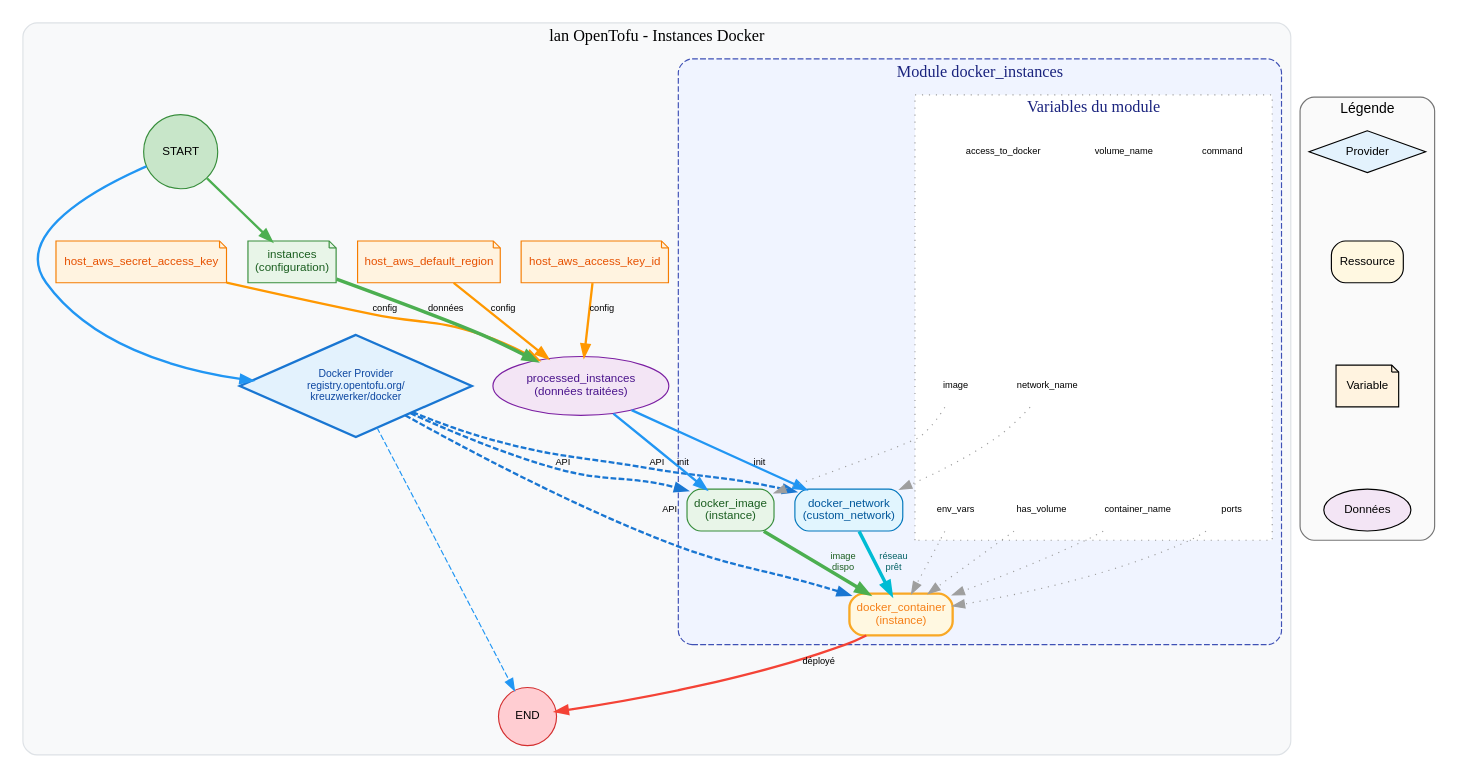
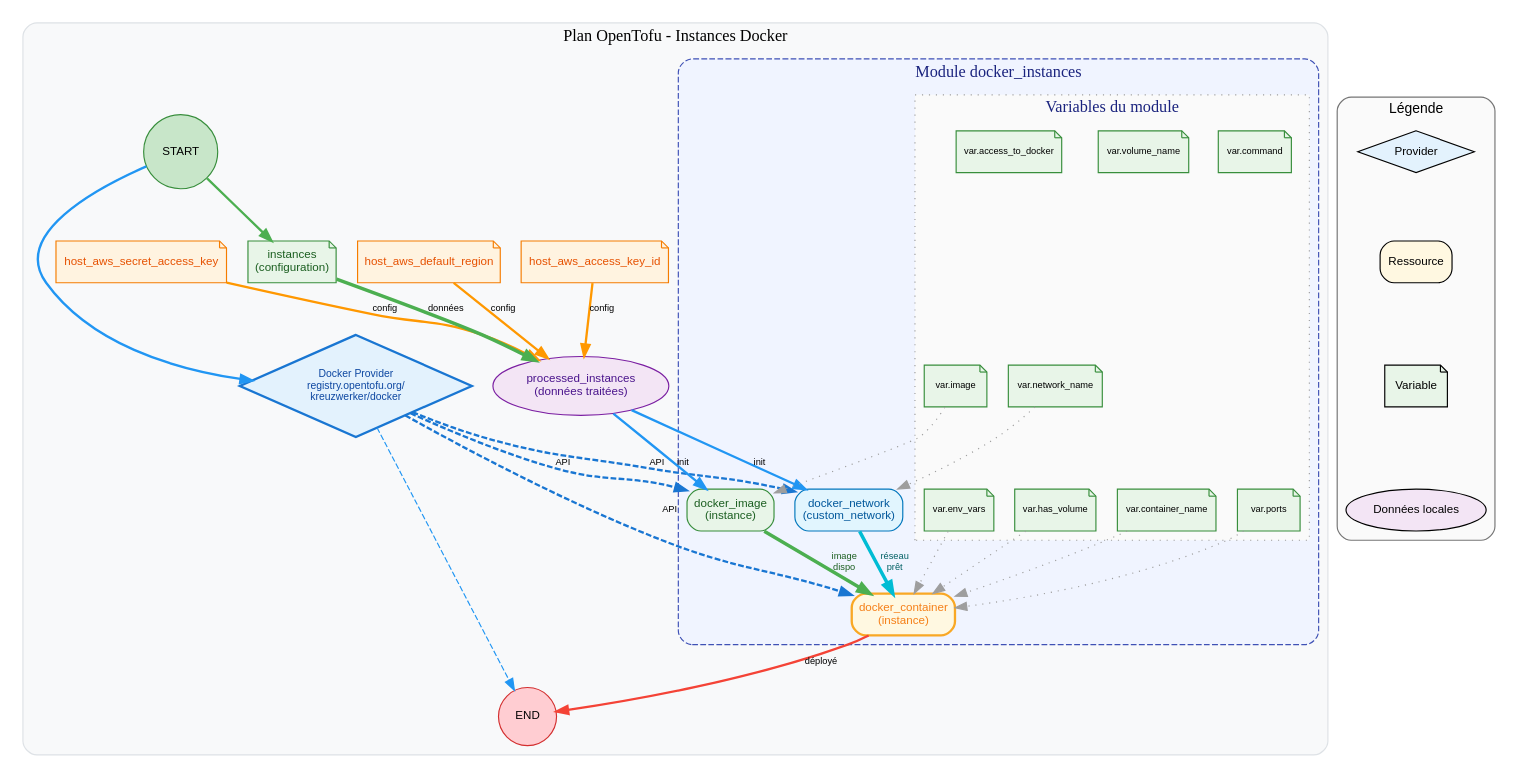
Before and after one commit to spawn-it/infra: the diagram in instances/graph.dot, drawn with Graphviz. The commit also changed 2 other files, not shown here.

```diff
--- a/instances/graph.dot
+++ b/instances/graph.dot
@@ -24,7 +24,7 @@
     ]
     
     subgraph "cluster_root" {
-        label = "lan OpenTofu - Instances Docker"
+        label = "Plan OpenTofu - Instances Docker"
         style = "rounded,filled"
         fillcolor = "#f8f9fa"
         color = "#dee2e6"
@@ -139,21 +139,85 @@
                 penwidth = 2
             ]
             
-            // Variables du module
+            // Variables du module (NOTES comme les autres variables)
             subgraph "cluster_module_vars" {
                 label = "Variables du module"
-                style = "dotted"
+                style = "dotted,filled"
+                fillcolor = "#fafafa"
                 color = "#9e9e9e"
                 
-                mod_var_image [label = "image", shape = "plaintext", fontsize = 8]
-                mod_var_container_name [label = "container_name", shape = "plaintext", fontsize = 8]
-                mod_var_network_name [label = "network_name", shape = "plaintext", fontsize = 8]
-                mod_var_ports [label = "ports", shape = "plaintext", fontsize = 8]
-                mod_var_env_vars [label = "env_vars", shape = "plaintext", fontsize = 8]
-                mod_var_command [label = "command", shape = "plaintext", fontsize = 8]
-                mod_var_has_volume [label = "has_volume", shape = "plaintext", fontsize = 8]
-                mod_var_volume_name [label = "volume_name", shape = "plaintext", fontsize = 8]
-                mod_var_access_docker [label = "access_to_docker", shape = "plaintext", fontsize = 8]
+                mod_var_image [
+                    label = "var.image", 
+                    shape = "note", 
+                    style = "filled",
+                    fillcolor = "#e8f5e8",
+                    color = "#388e3c",
+                    fontsize = 8
+                ]
+                mod_var_container_name [
+                    label = "var.container_name", 
+                    shape = "note", 
+                    style = "filled",
+                    fillcolor = "#e8f5e8",
+                    color = "#388e3c",
+                    fontsize = 8
+                ]
+                mod_var_network_name [
+                    label = "var.network_name", 
+                    shape = "note", 
+                    style = "filled",
+                    fillcolor = "#e8f5e8",
+                    color = "#388e3c",
+                    fontsize = 8
+                ]
+                mod_var_ports [
+                    label = "var.ports", 
+                    shape = "note", 
+                    style = "filled",
+                    fillcolor = "#e8f5e8",
+                    color = "#388e3c",
+                    fontsize = 8
+                ]
+                mod_var_env_vars [
+                    label = "var.env_vars", 
+                    shape = "note", 
+                    style = "filled",
+                    fillcolor = "#e8f5e8",
+                    color = "#388e3c",
+                    fontsize = 8
+                ]
+                mod_var_command [
+                    label = "var.command", 
+                    shape = "note", 
+                    style = "filled",
+                    fillcolor = "#e8f5e8",
+                    color = "#388e3c",
+                    fontsize = 8
+                ]
+                mod_var_has_volume [
+                    label = "var.has_volume", 
+                    shape = "note", 
+                    style = "filled",
+                    fillcolor = "#e8f5e8",
+                    color = "#388e3c",
+                    fontsize = 8
+                ]
+                mod_var_volume_name [
+                    label = "var.volume_name", 
+                    shape = "note", 
+                    style = "filled",
+                    fillcolor = "#e8f5e8",
+                    color = "#388e3c",
+                    fontsize = 8
+                ]
+                mod_var_access_docker [
+                    label = "var.access_to_docker", 
+                    shape = "note", 
+                    style = "filled",
+                    fillcolor = "#e8f5e8",
+                    color = "#388e3c",
+                    fontsize = 8
+                ]
             }
         }
         
@@ -247,8 +311,8 @@
         
         legend_provider [label = "Provider", shape = "diamond", style = "filled", fillcolor = "#e3f2fd"]
         legend_resource [label = "Ressource", shape = "box", style = "filled,rounded", fillcolor = "#fff8e1"]
-        legend_variable [label = "Variable", shape = "note", style = "filled", fillcolor = "#fff3e0"]
-        legend_data [label = "Données", shape = "ellipse", style = "filled", fillcolor = "#f3e5f5"]
+        legend_variable [label = "Variable", shape = "note", style = "filled", fillcolor = "#e8f5e8"]
+        legend_data [label = "Données locales", shape = "ellipse", style = "filled", fillcolor = "#f3e5f5"]
         
         legend_provider -> legend_resource [label = "dépend de", style = "invis"]
         legend_resource -> legend_variable [style = "invis"]
```
